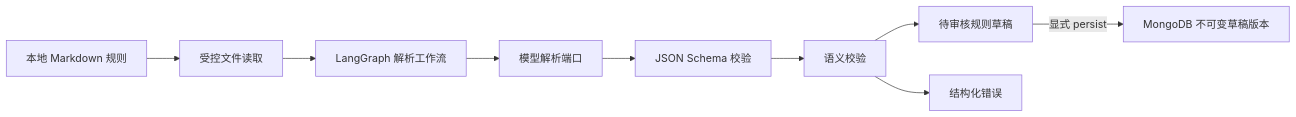
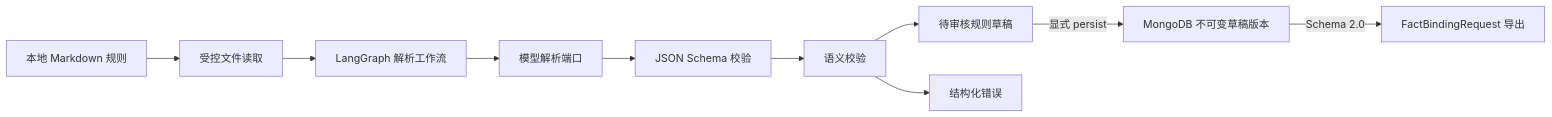
The second of 2 diagrams in docs/技术设计文档.md (colglaze/RuleAgent), drawn with Mermaid before and after one commit. The commit also changed other lines of this file and 32 other files, not shown here.

Commit message:
feat: add rule schema v2 and fact handoff

````diff
--- a/docs/技术设计文档.md
+++ b/docs/技术设计文档.md
@@ -35,11 +37,12 @@
 ```mermaid
 flowchart LR
     A["本地 Markdown 规则"] --> B["受控文件读取"]
     B --> C["LangGraph 解析工作流"]
     C --> D["模型解析端口"]
     D --> E["JSON Schema 校验"]
     E --> F["语义校验"]
     F --> G["待审核规则草稿"]
     G -->|"显式 persist"| I["MongoDB 不可变草稿版本"]
+    I -->|"Schema 2.0"| J["FactBindingRequest 导出"]
     F --> H["结构化错误"]
 ```
````
